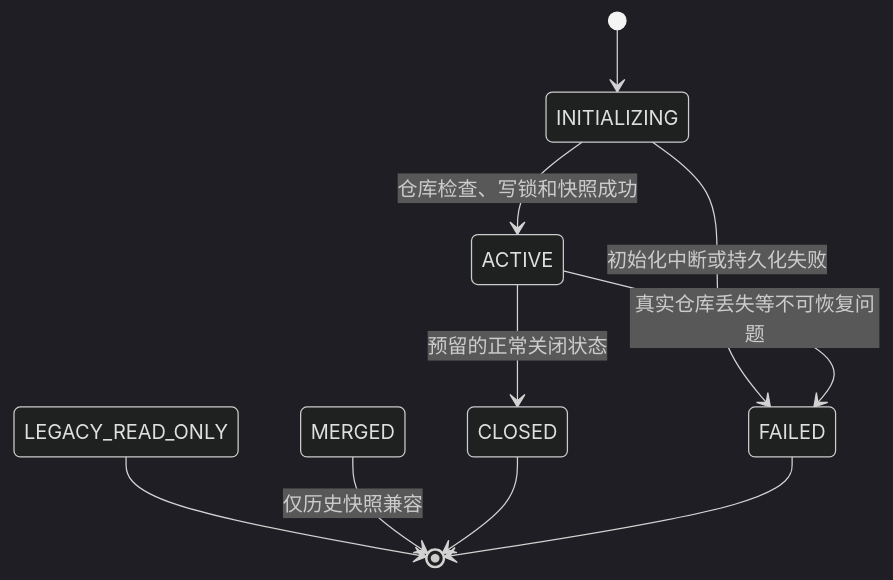
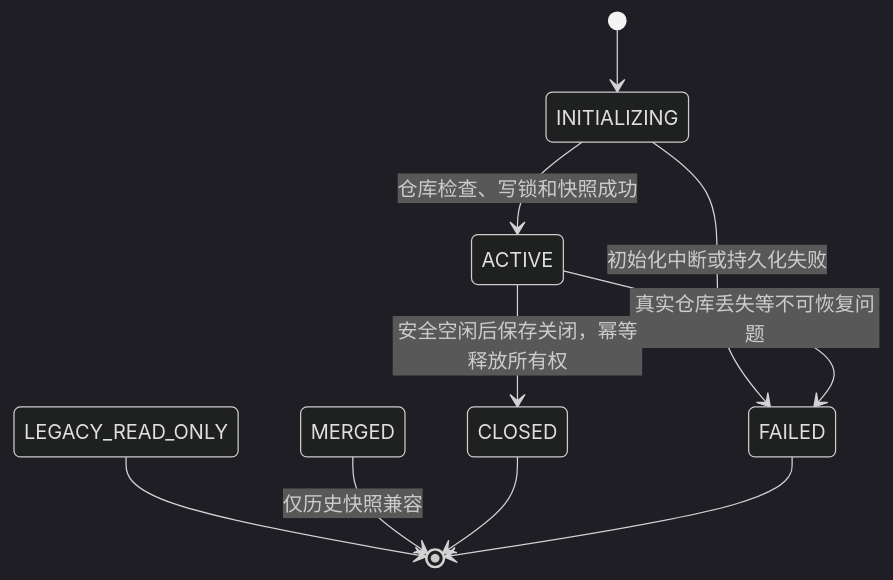
Before and after one commit to smile-gu/Code-Weave: diagram 11 of 11 in docs/architecture/current-architecture.md, drawn with Mermaid (dark theme). The commit also changed other lines of this file and 29 other files, not shown here.

````diff
--- a/docs/architecture/current-architecture.md
+++ b/docs/architecture/current-architecture.md
@@ -277,12 +277,12 @@
 ```mermaid
 stateDiagram-v2
     [*] --> INITIALIZING
     INITIALIZING --> ACTIVE: 仓库检查、写锁和快照成功
     INITIALIZING --> FAILED: 初始化中断或持久化失败
     ACTIVE --> FAILED: 真实仓库丢失等不可恢复问题
-    ACTIVE --> CLOSED: 预留的正常关闭状态
+    ACTIVE --> CLOSED: 安全空闲后保存关闭，幂等释放所有权
     LEGACY_READ_ONLY --> [*]
     MERGED --> [*]: 仅历史快照兼容
     CLOSED --> [*]
     FAILED --> [*]
 ```
````
